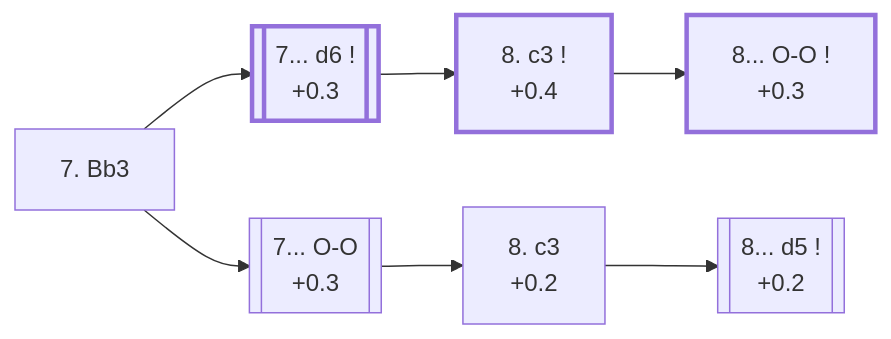
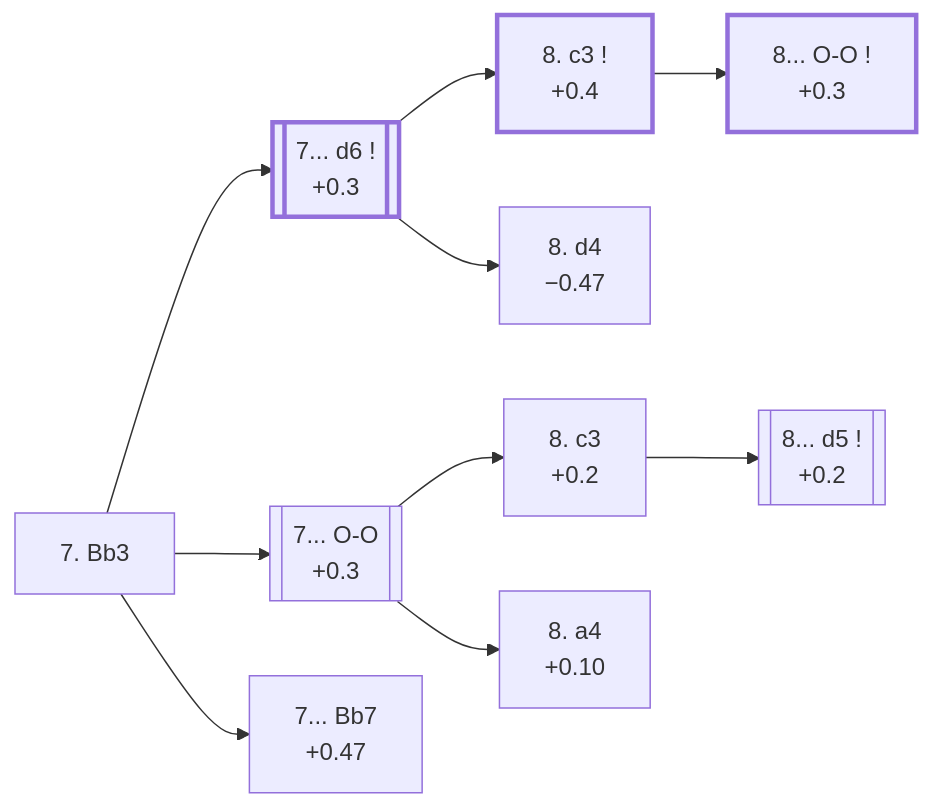
One commit to onclemarcel/chess_flashcards changed the diagram in e4_openings/C88_Ruy_Lopez_Closed_Bb3.md. Above: the diagram before and after it, drawn with Mermaid. The commit also changed other lines of this file and 12 other files, not shown here.

````diff
--- a/e4_openings/C88_Ruy_Lopez_Closed_Bb3.md
+++ b/e4_openings/C88_Ruy_Lopez_Closed_Bb3.md
@@ -12,22 +12,28 @@
 ```mermaid
 flowchart LR
     classDef main stroke-width:3px;
 
     Bb3["7. Bb3"]
     click Bb3 "#_initial_move_" "C88 · Ruy Lopez: Closed"
 
     Bb3 --> d6[["7... d6 !<br/>+0.3"]]:::main
     click d6 "#_d6_" "C88 · Ruy Lopez: Closed"
     Bb3 --> OO[["7... O-O<br/>+0.3"]]
     click OO "#_OO_" "C88 · Ruy Lopez: Closed"
+    Bb3 --> Bb7t["7... Bb7<br/>+0.47"]
+    click Bb7t "#_Trajkovic_" "C88 · Ruy Lopez: Closed, Trajkovic Counterattack"
 
     d6 --> c3d6["8. c3 !<br/>+0.4"]:::main
     click c3d6 "#_c3_d6_" "C88 · Ruy Lopez: Closed"
     c3d6 --> OOd6["8... O-O !<br/>+0.3"]:::main
     click OOd6 "https://github.com/onclemarcel/chess_flashcards/blob/main/e4_openings/C90_Ruy_Lopez_Closed_Tabiya.md" "C90 · Ruy Lopez: Closed tabiya"
+    d6 --> d4rosen["8. d4<br/>−0.47"]
+    click d4rosen "#_Rosen_" "C88 · Ruy Lopez: Closed, Rosen Attack"
 
     OO --> c3OO["8. c3<br/>+0.2"]
     click c3OO "#_c3_OO_" "C88 · Ruy Lopez: Closed"
     c3OO --> d5m[["8... d5 !<br/>+0.2"]]
     click d5m "https://github.com/onclemarcel/chess_flashcards/blob/main/e4_openings/C89_Ruy_Lopez_Marshall_Attack.md" "C89 · Ruy Lopez: Marshall Attack"
+    OO --> a4am["8. a4<br/>+0.10"]
+    click a4am "#_AntiMarshall_" "C88 · Ruy Lopez: Closed, Anti-Marshall"
 ```
````
